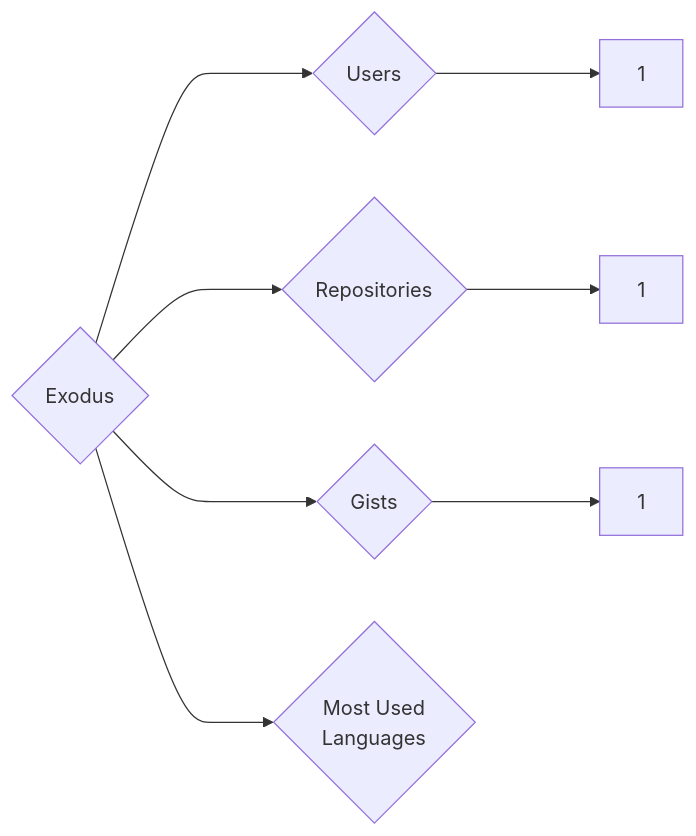
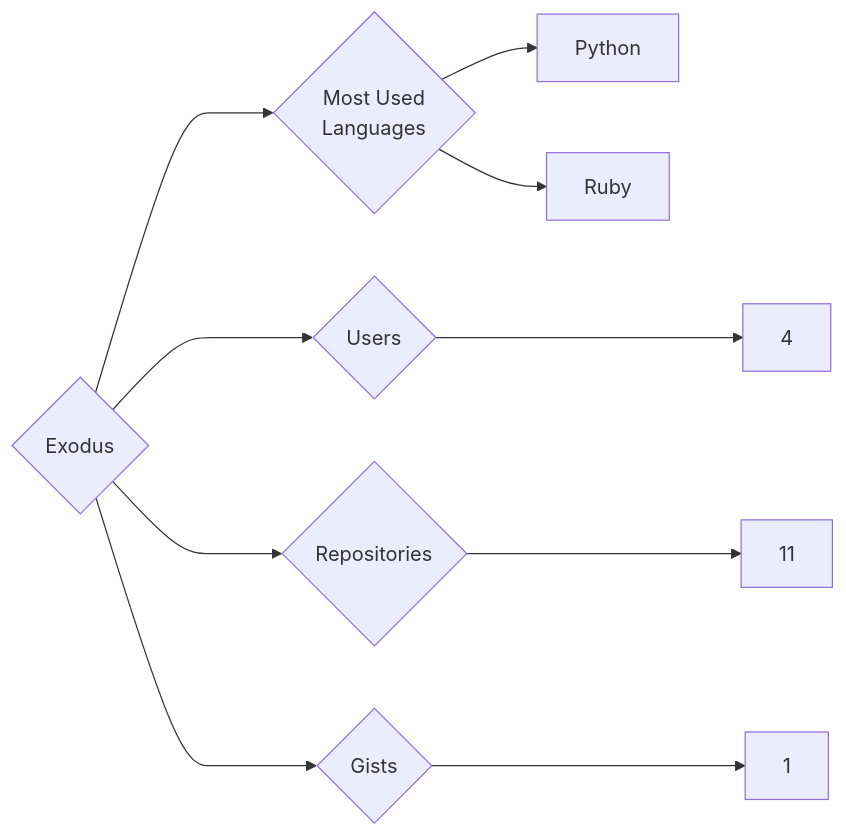
Before and after one commit to trickest/insiders: the diagram in targets/Exodus/README.md, drawn with Mermaid. The commit also changed 988 other files, not shown here.

````diff
--- a/targets/Exodus/README.md
+++ b/targets/Exodus/README.md
@@ -3,8 +3,10 @@
 ```mermaid
 graph LR
 COMPANY_NAME{Exodus}
-COMPANY_NAME ---> U{Users} ---> UN[1]
-COMPANY_NAME ---> R{Repositories} ---> RN[1]
+COMPANY_NAME ---> U{Users} ---> UN[4]
+COMPANY_NAME ---> R{Repositories} ---> RN[11]
 COMPANY_NAME ---> G{Gists} ---> GN[1]
 COMPANY_NAME ---> ML{Most Used<br>Languages}
+ML --> Python[Python]
+ML --> Ruby[Ruby]
 ```
````
